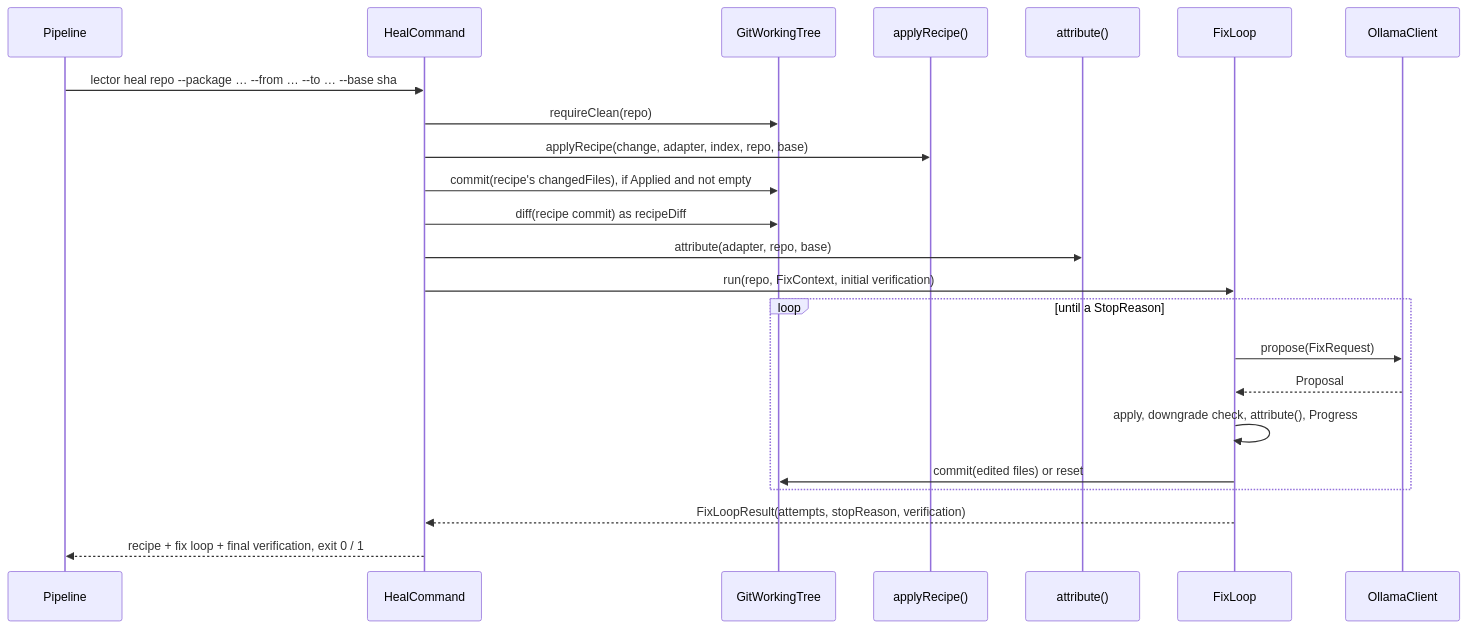
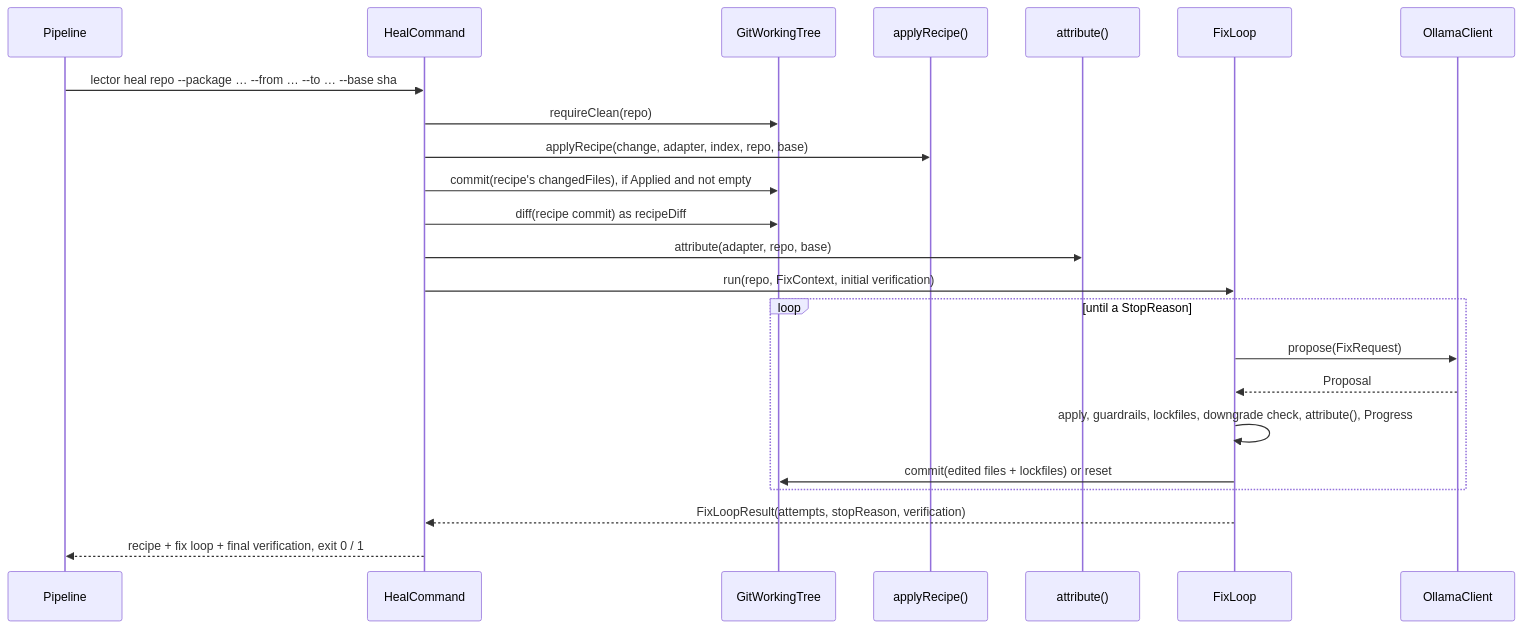
The third of 4 diagrams in docs/architecture/fix-loop.md (danvan86/lector-ai), drawn with Mermaid before and after one commit. The commit also changed other lines of this file and 9 other files, not shown here.

First line of the commit message:
docs(architecture): document the TypeScript adapter and sync the docs with M9

````diff
--- a/docs/architecture/fix-loop.md
+++ b/docs/architecture/fix-loop.md
@@ -72,25 +76,25 @@
 ```mermaid
 sequenceDiagram
     participant P as Pipeline
     participant H as HealCommand
     participant W as GitWorkingTree
     participant R as applyRecipe()
     participant A as attribute()
     participant L as FixLoop
     participant O as OllamaClient
     P->>H: lector heal repo --package … --from … --to … --base sha
     H->>W: requireClean(repo)
     H->>R: applyRecipe(change, adapter, index, repo, base)
     H->>W: commit(recipe's changedFiles), if Applied and not empty
     H->>W: diff(recipe commit) as recipeDiff
     H->>A: attribute(adapter, repo, base)
     H->>L: run(repo, FixContext, initial verification)
     loop until a StopReason
         L->>O: propose(FixRequest)
         O-->>L: Proposal
-        L->>L: apply, downgrade check, attribute(), Progress
-        L->>W: commit(edited files) or reset
+        L->>L: apply, guardrails, lockfiles, downgrade check, attribute(), Progress
+        L->>W: commit(edited files + lockfiles) or reset
     end
     L-->>H: FixLoopResult(attempts, stopReason, verification)
     H-->>P: recipe + fix loop + final verification, exit 0 / 1
 ```
````
